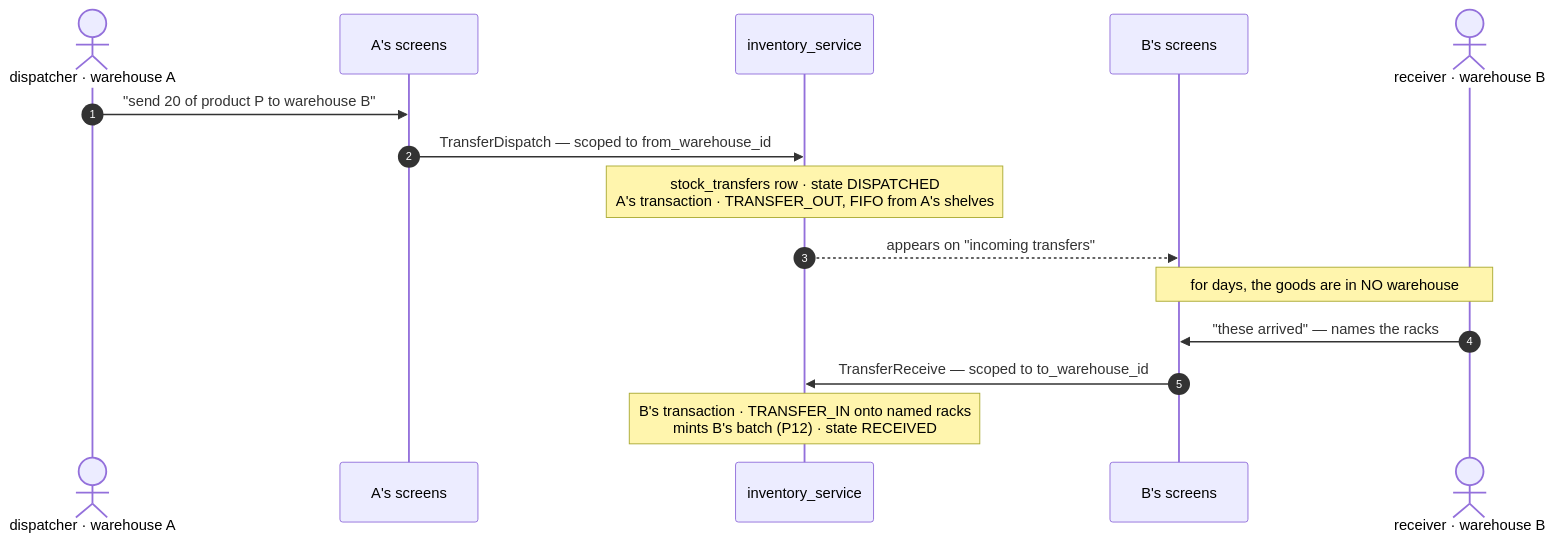
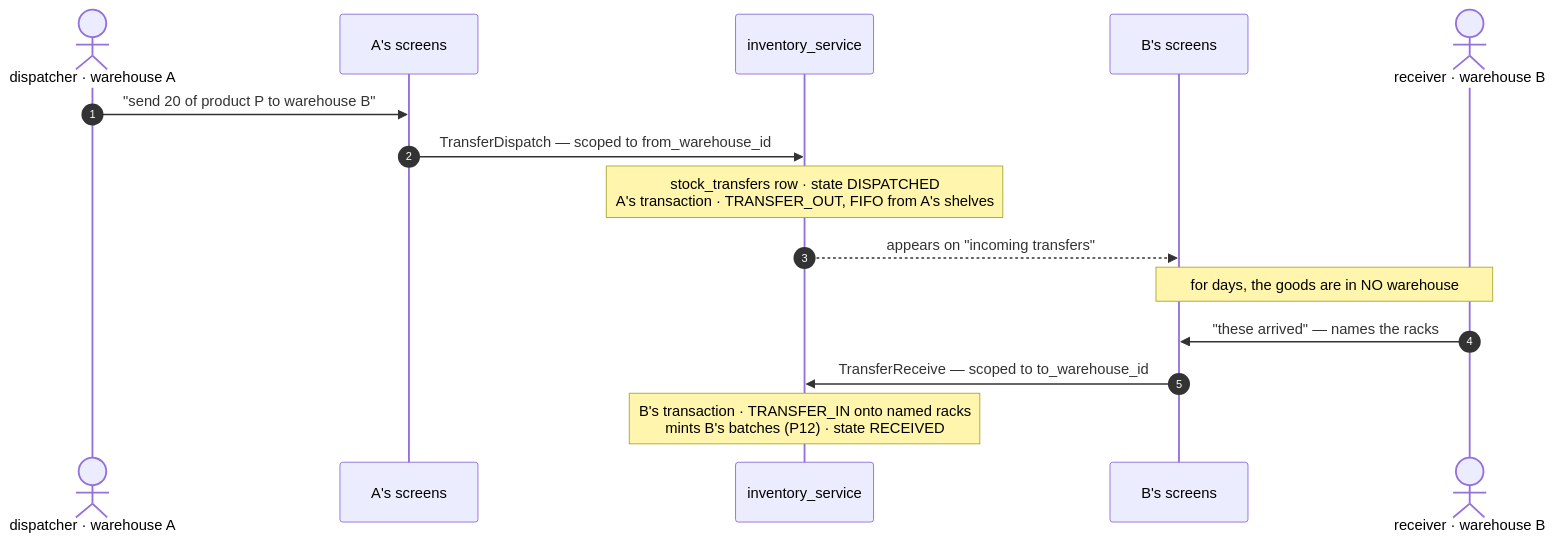
Before and after one commit to pdcgo/warehouse_revamp: diagram 29 of 42 in disscuss/architecture/stock_movement_log.md, drawn with Mermaid. The commit also changed other lines of this file and 28 other files, not shown here.

````diff
--- a/disscuss/architecture/stock_movement_log.md
+++ b/disscuss/architecture/stock_movement_log.md
@@ -1482,18 +1600,18 @@
 ```mermaid
 sequenceDiagram
     autonumber
     actor DA as dispatcher · warehouse A
     participant SA as A's screens
     participant SYS as inventory_service
     participant SB as B's screens
     actor RB as receiver · warehouse B
 
     DA->>SA: "send 20 of product P to warehouse B"
     SA->>SYS: TransferDispatch — scoped to from_warehouse_id
     Note over SYS: stock_transfers row · state DISPATCHED<br/>A's transaction · TRANSFER_OUT, FIFO from A's shelves
     SYS-->>SB: appears on "incoming transfers"
     Note over SB,RB: for days, the goods are in NO warehouse
     RB->>SB: "these arrived" — names the racks
     SB->>SYS: TransferReceive — scoped to to_warehouse_id
-    Note over SYS: B's transaction · TRANSFER_IN onto named racks<br/>mints B's batch (P12) · state RECEIVED
+    Note over SYS: B's transaction · TRANSFER_IN onto named racks<br/>mints B's batches (P12) · state RECEIVED
 ```
````
